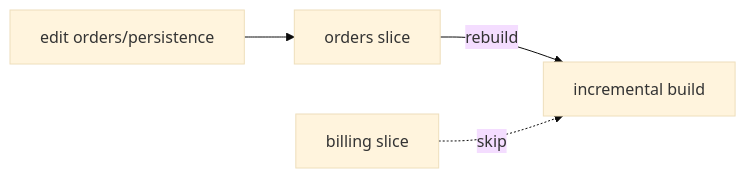
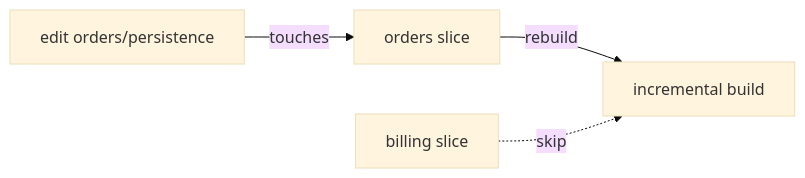
One commit to vinayakuber/microservices-io-study-guide changed diagram 12 of 13 in docs/ch01-monolithic-architecture.md. Above: the diagram before and after it, drawn with Mermaid (base theme). The commit also changed other lines of this file and 71 other files, not shown here.

First line of the commit message:
R18: label every diagram arrow with its meaning

````diff
--- a/docs/ch01-monolithic-architecture.md
+++ b/docs/ch01-monolithic-architecture.md
@@ -489,6 +489,6 @@
 ```mermaid
 flowchart LR
-  E["edit orders/persistence"] --> S["orders slice"]
+  E["edit orders/persistence"] -->|"touches"| S["orders slice"]
   S -->|rebuild| IB["incremental build"]
   BL["billing slice"] -.skip.-> IB
 ```
````
